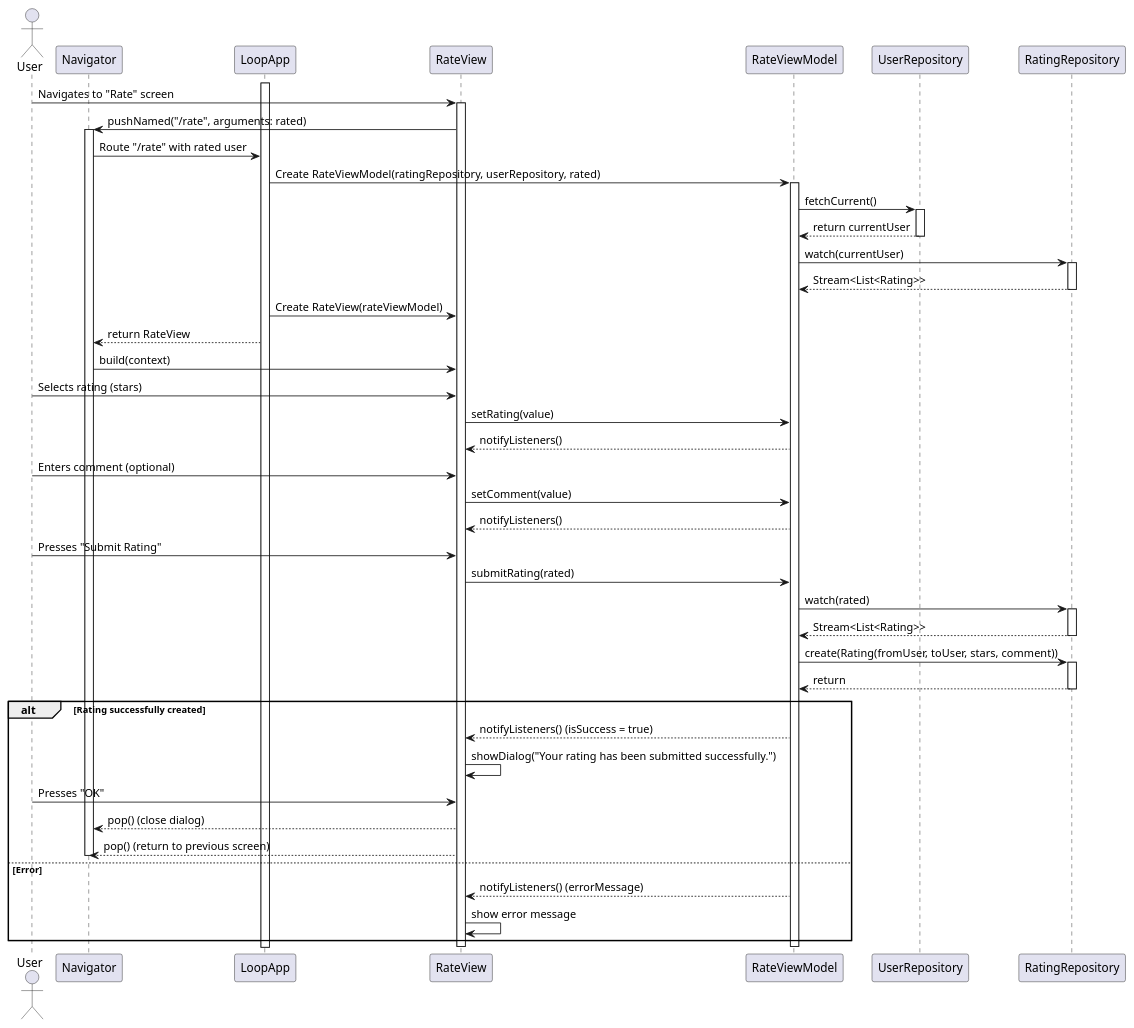
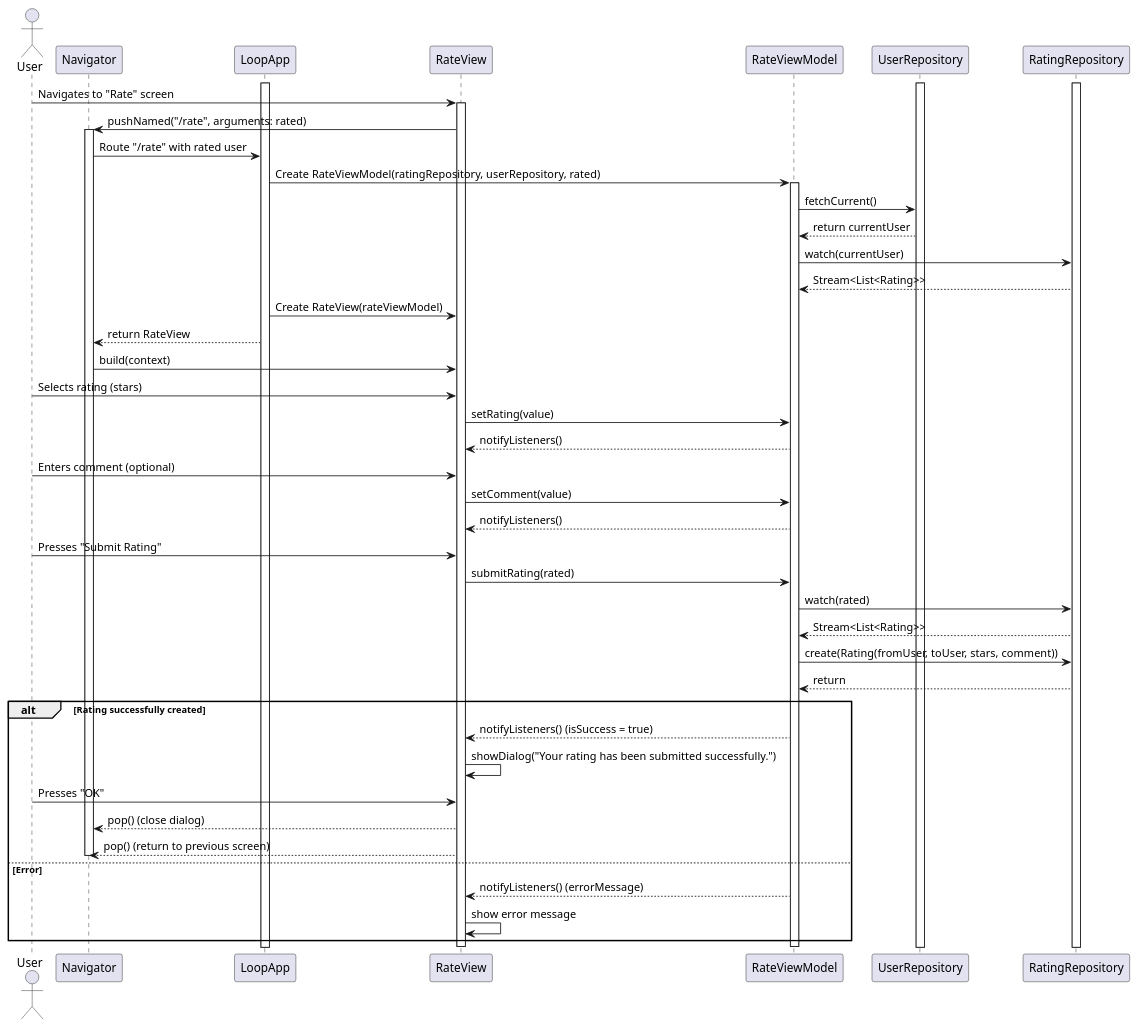
The diagram in reports/sequence/rate-user.plantuml (YannisRavasopoulos/ProjectSD_S6), drawn with PlantUML before and after one commit.

Commit message:
Refactor activation flow in rate-user sequence diagram for improved clarity

```diff
--- a/reports/sequence/rate-user.plantuml
+++ b/reports/sequence/rate-user.plantuml
@@ -1,77 +1,79 @@
 @startuml
 
 actor User
 
 participant Navigator
 participant LoopApp
 participant RateView
 participant RateViewModel
 participant UserRepository
 participant RatingRepository
 
 
 activate LoopApp
+activate UserRepository
+activate RatingRepository
 User -> RateView: Navigates to "Rate" screen
 activate RateView
 
 
 RateView -> Navigator: pushNamed("/rate", arguments: rated)
 activate Navigator
 Navigator -> LoopApp: Route "/rate" with rated user
 
 LoopApp -> RateViewModel: Create RateViewModel(ratingRepository, userRepository, rated)
 activate RateViewModel
 RateViewModel -> UserRepository: fetchCurrent()
-activate UserRepository
+
 UserRepository --> RateViewModel: return currentUser
-deactivate UserRepository
+
 RateViewModel -> RatingRepository: watch(currentUser)
-activate RatingRepository
+
 RatingRepository --> RateViewModel: Stream<List<Rating>>
-deactivate RatingRepository
+
 LoopApp -> RateView: Create RateView(rateViewModel)
 
 LoopApp --> Navigator: return RateView
 
 Navigator -> RateView: build(context)
 
 
 User -> RateView: Selects rating (stars)
 
 RateView -> RateViewModel: setRating(value)
 
 RateViewModel --> RateView: notifyListeners()
 
 
 User -> RateView: Enters comment (optional)
 RateView -> RateViewModel: setComment(value)
 
 RateViewModel --> RateView: notifyListeners()
 
 
 User -> RateView: Presses "Submit Rating"
 RateView -> RateViewModel: submitRating(rated)
 RateViewModel -> RatingRepository: watch(rated)
-activate RatingRepository
+
 RatingRepository --> RateViewModel: Stream<List<Rating>>
-deactivate RatingRepository
+
 RateViewModel -> RatingRepository: create(Rating(fromUser, toUser, stars, comment))
-activate RatingRepository
+
 RatingRepository --> RateViewModel: return
-deactivate RatingRepository
+
 
 alt Rating successfully created
     RateViewModel --> RateView: notifyListeners() (isSuccess = true)
     RateView -> RateView: showDialog("Your rating has been submitted successfully.")
     User -> RateView: Presses "OK"
     RateView --> Navigator: pop() (close dialog)
     RateView --> Navigator: pop() (return to previous screen)
     deactivate Navigator
 else Error
     RateViewModel --> RateView: notifyListeners() (errorMessage)
     RateView -> RateView: show error message
 end
 deactivate RateViewModel
 deactivate RateView
 
 @enduml
```
